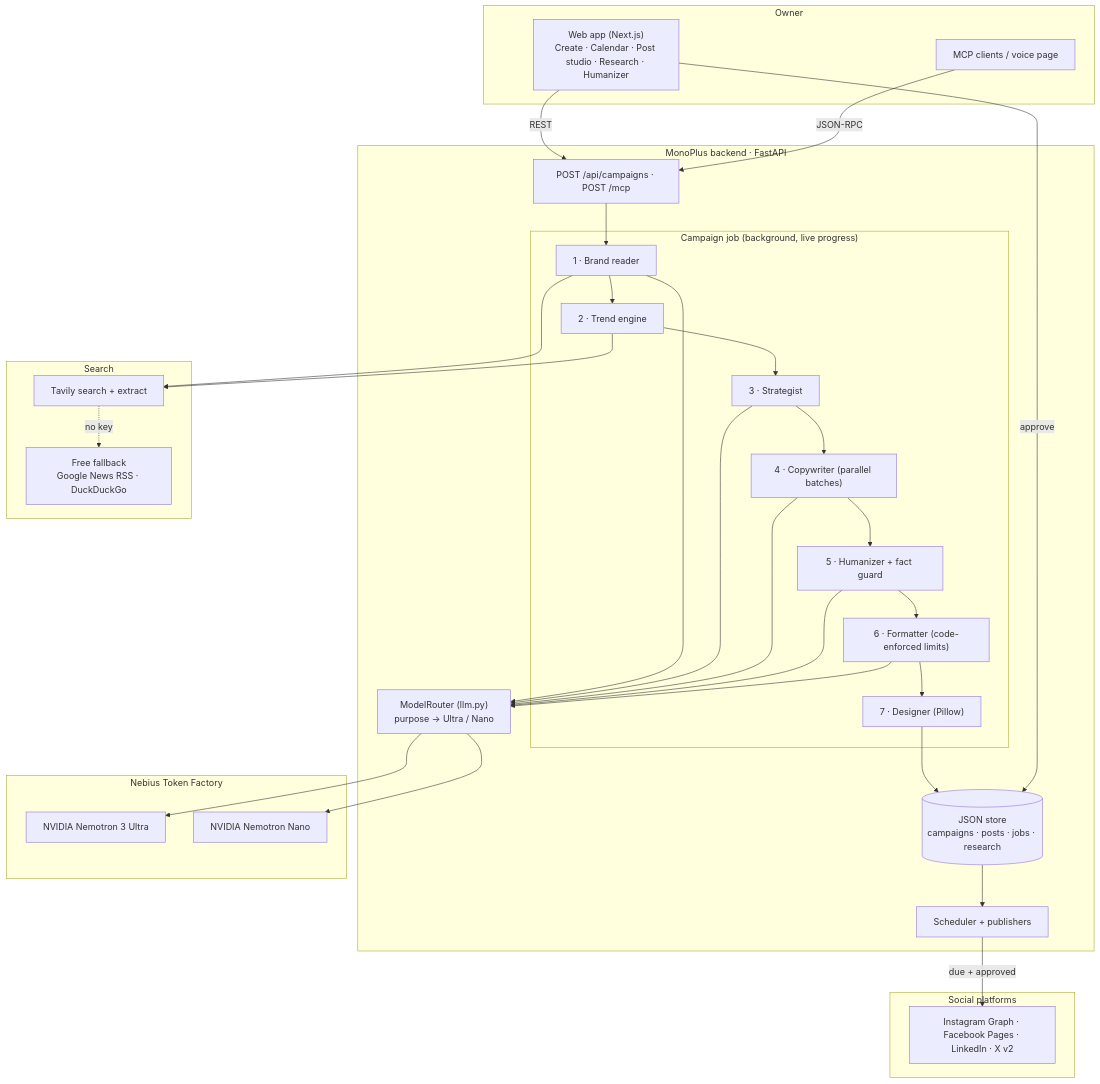
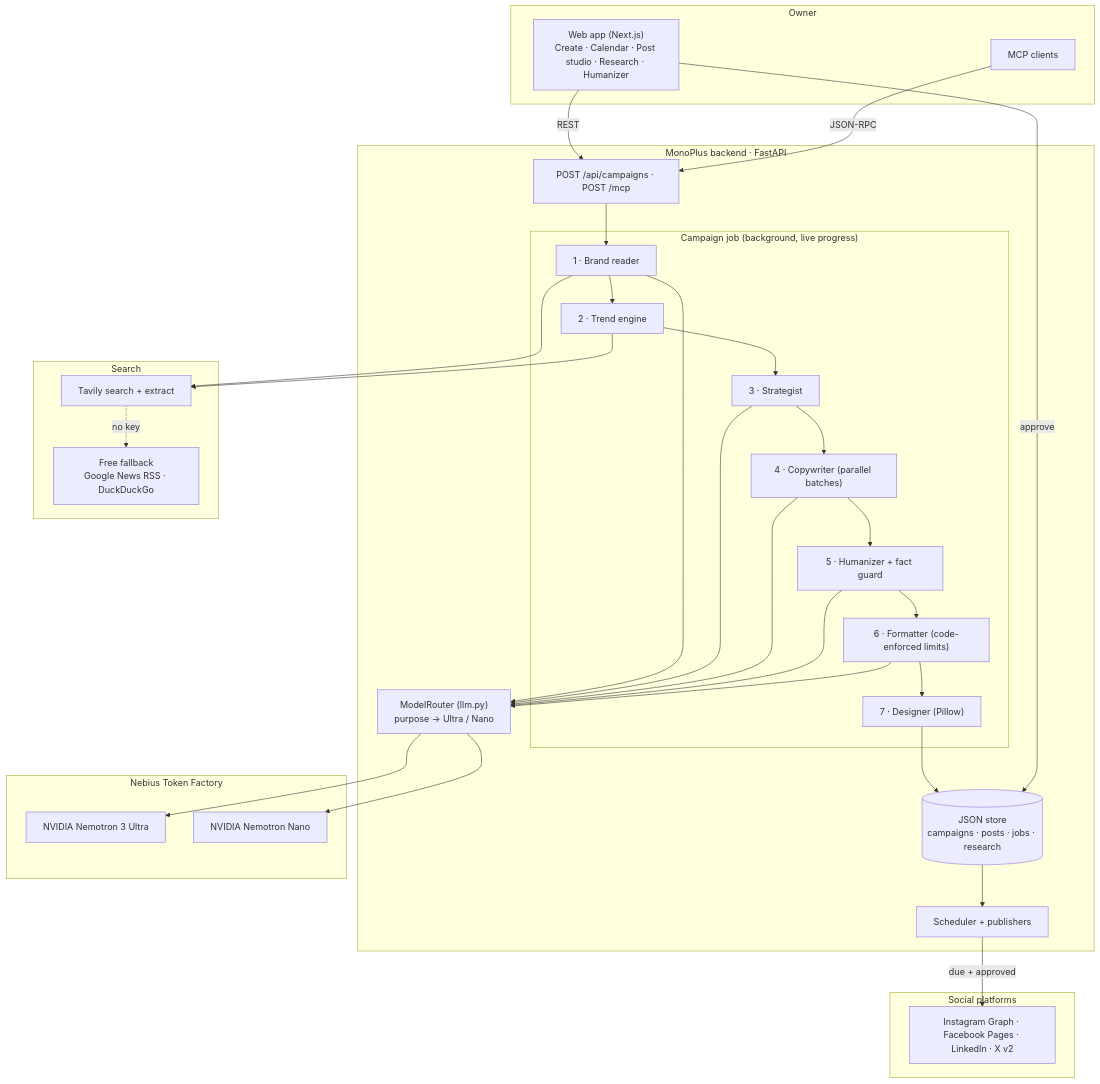
Before and after one commit to HadiaIshtiaqq/MonoPulse-AI: the diagram in README.md, drawn with Mermaid. The commit also changed other lines of this file and 9 other files, not shown here.

````diff
--- a/README.md
+++ b/README.md
@@ -30,50 +30,50 @@
 ```mermaid
 flowchart TB
     subgraph Client["Owner"]
         U1["Web app (Next.js)<br/>Create · Calendar · Post studio · Research · Humanizer"]
-        U2["MCP clients / voice page"]
+        U2["MCP clients"]
     end
 
     subgraph Backend["MonoPlus backend · FastAPI"]
         A0["POST /api/campaigns · POST /mcp"]
         subgraph Pipeline["Campaign job (background, live progress)"]
             P1["1 · Brand reader"]
             P2["2 · Trend engine"]
             P3["3 · Strategist"]
             P4["4 · Copywriter (parallel batches)"]
             P5["5 · Humanizer + fact guard"]
             P6["6 · Formatter (code-enforced limits)"]
             P7["7 · Designer (Pillow)"]
         end
         R1["ModelRouter (llm.py)<br/>purpose → Ultra / Nano"]
         S1["Scheduler + publishers"]
         D1[("JSON store<br/>campaigns · posts · jobs · research")]
     end
 
     subgraph Nebius["Nebius Token Factory"]
         N1["NVIDIA Nemotron 3 Ultra"]
         N2["NVIDIA Nemotron Nano"]
     end
 
     subgraph Search["Search"]
         T1["Tavily search + extract"]
         T2["Free fallback<br/>Google News RSS · DuckDuckGo"]
     end
 
     subgraph Social["Social platforms"]
         X1["Instagram Graph · Facebook Pages · LinkedIn · X v2"]
     end
 
     U1 -->|REST| A0
     U2 -->|JSON-RPC| A0
     A0 --> P1 --> P2 --> P3 --> P4 --> P5 --> P6 --> P7
     P1 & P3 & P4 & P5 & P6 --> R1
     R1 --> N1
     R1 --> N2
     P1 & P2 --> T1
     T1 -.no key.-> T2
     P7 --> D1
     U1 -->|approve| D1
     S1 -->|due + approved| X1
     D1 --> S1
 ```
````
